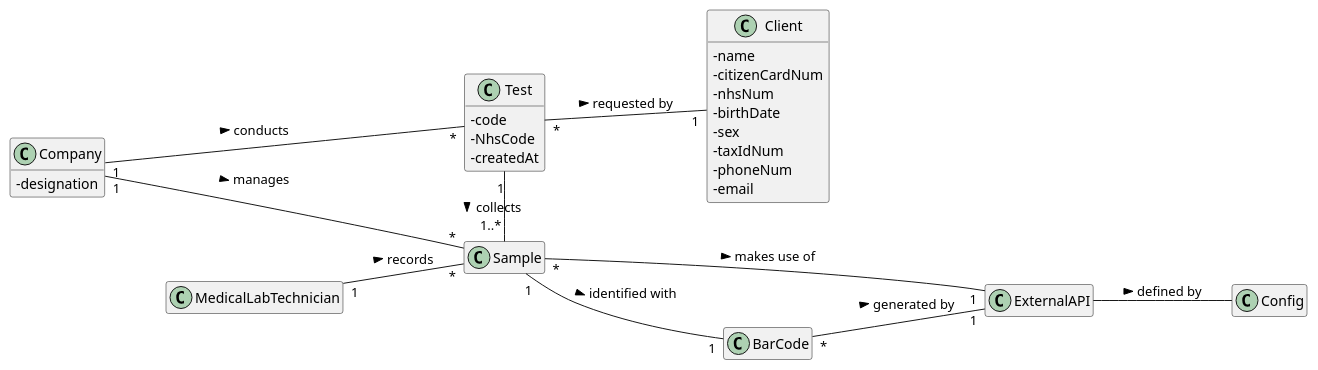
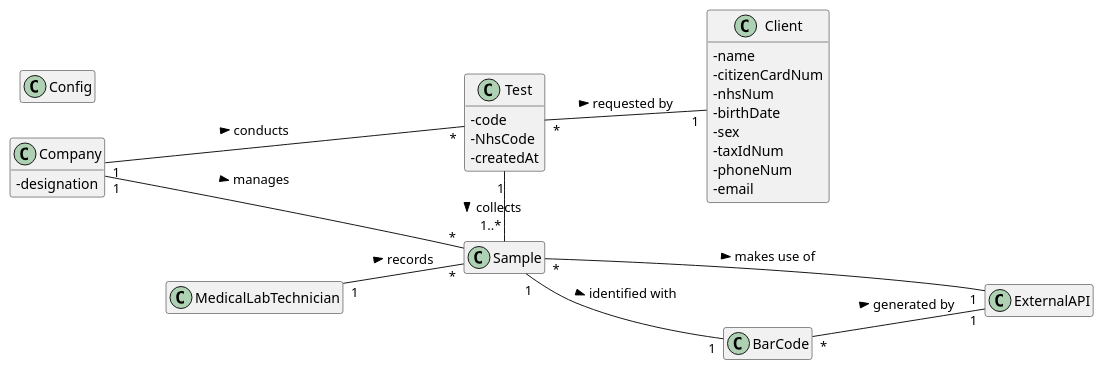
Before and after one commit to ana-albergaria/LAPR2-ISEP: the diagram in docs/SprintC/US_5/US5_DM.puml, drawn with PlantUML. The commit also changed 8 other files, not shown here.

```diff
--- a/docs/SprintC/US_5/US5_DM.puml
+++ b/docs/SprintC/US_5/US5_DM.puml
@@ -1,79 +1,79 @@
 @startuml
 
 skinparam classAttributeIconSize 0
 hide empty methods
 hide empty attributes
 left to right direction
 
 class MedicalLabTechnician{}
 
 class Sample{}
 
 class Test{
 - code
 - NhsCode
 - createdAt
 }
 
 class BarCode {}
 
 class ExternalAPI{}
 
 /'class LabOrder{}'/
 
 class Client{
 - name
 - citizenCardNum
 - nhsNum
 - birthDate
 - sex
 - taxIdNum
 - phoneNum
 - email
 }
 
 /'
 class TestType{
 - code
 - description
 - collectingMethod
 }'/
 
 /'class Parameter {
   -code
   -shortName
   -description
 }'/
 
 class Company {
 -designation
 }
 
 class Config {}
 
 
 
 
 MedicalLabTechnician "1" -- "*" Sample : records >
 Sample "1" -- "1" BarCode : identified with >
 BarCode "*" -- "1" ExternalAPI : generated by >
 Test "1" - "1..*" Sample : collects >
 /'Test "1" --- "1" LabOrder : originates <'/
 /'LabOrder "1..*" --- "1" Client : provided by >'/
 
 /'comment line above'/
 /'Test "*" -- "1" TestType : classified as >'/
 
 /'LabOrder -- TestType : contains >'/
 /'LabOrder -- "1..*" Parameter : contains >'/
 
-ExternalAPI -- Config : defined by >
+/'ExternalAPI -- Config : defined by >'/
 Test "*" -- "1" Client : requested by >
 Sample "*" - "1" ExternalAPI : makes use of >
 Company "1" --- "*" Sample : manages >
 Company "1" --- "*" Test : conducts >
 
 
 
 
 @enduml
```
